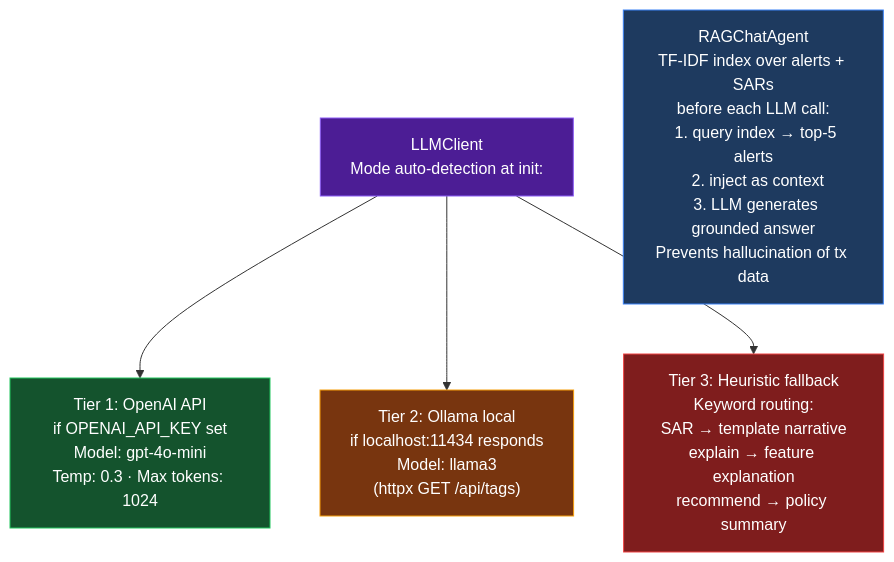
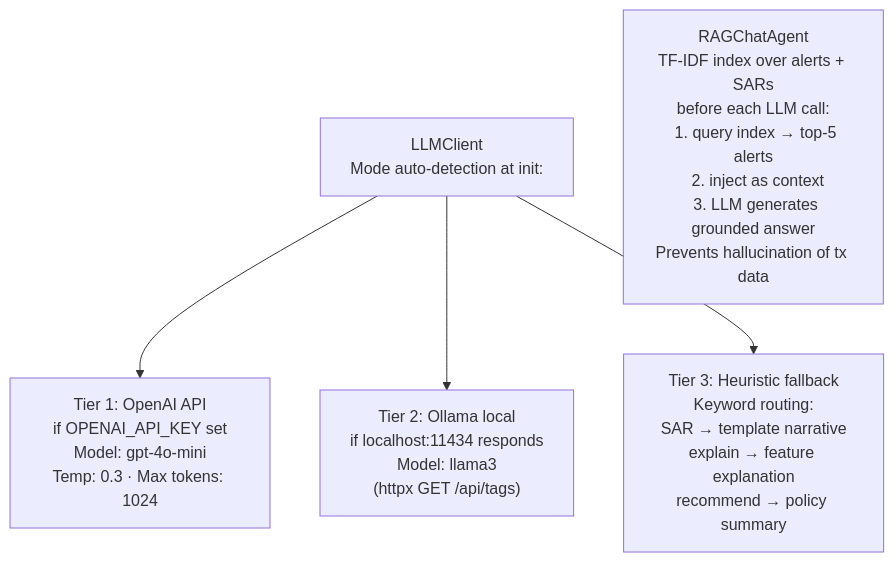
One commit to gregorizeidler/AML-multiverse-simulator changed diagram 20 of 23 in README.md. Above: the diagram before and after it, drawn with Mermaid. The commit also changed other lines of this file, not shown here.

Commit message:
fix: remove all custom mermaid style directives incompatible with GitHub renderer

````diff
--- a/README.md
+++ b/README.md
@@ -1306,17 +1222,12 @@
 ```mermaid
 flowchart TD
-    style LC fill:#4c1d95,stroke:#8b5cf6,color:#fff
-    style O fill:#14532d,stroke:#22c55e,color:#fff
-    style OL fill:#78350f,stroke:#f59e0b,color:#fff
-    style H fill:#7f1d1d,stroke:#ef4444,color:#fff
-    style RAG fill:#1e3a5f,stroke:#3b82f6,color:#fff
 
     LC["LLMClient\nMode auto-detection at init:"] --> O
     LC --> OL
     LC --> H
     O["Tier 1: OpenAI API\nif OPENAI_API_KEY set\nModel: gpt-4o-mini\nTemp: 0.3 · Max tokens: 1024"]
     OL["Tier 2: Ollama local\nif localhost:11434 responds\nModel: llama3\n(httpx GET /api/tags)"]
     H["Tier 3: Heuristic fallback\nKeyword routing:\nSAR → template narrative\nexplain → feature explanation\nrecommend → policy summary"]
 
     RAG["RAGChatAgent\nTF-IDF index over alerts + SARs\nbefore each LLM call:\n  1. query index → top-5 alerts\n  2. inject as context\n  3. LLM generates grounded answer\nPrevents hallucination of tx data"]
 ```
````
